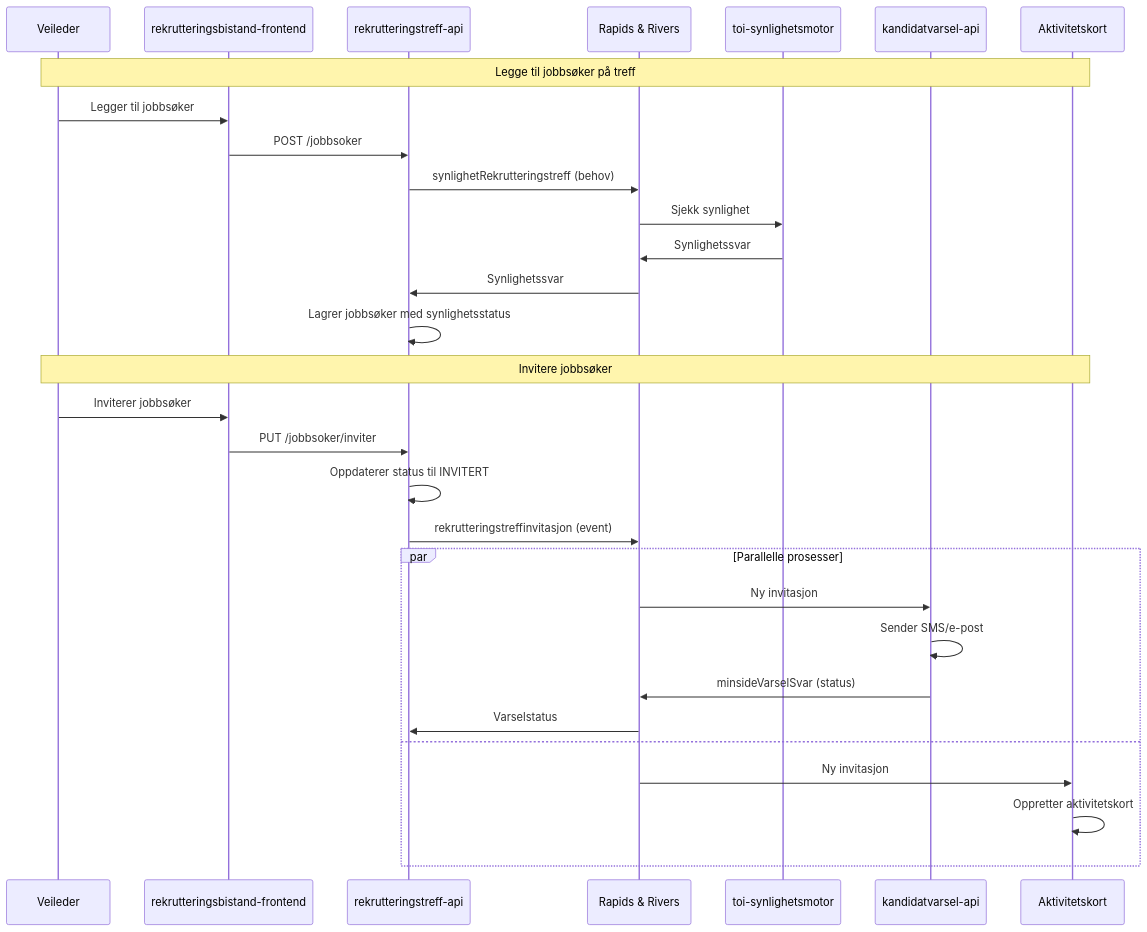
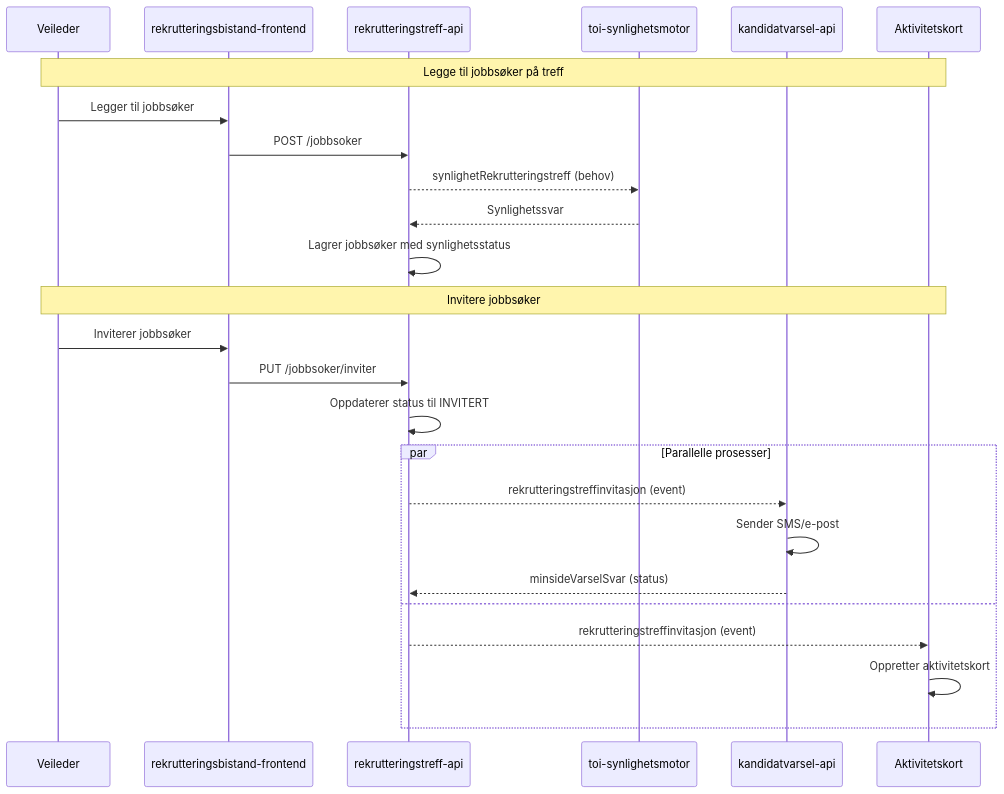
Before and after one commit to navikt/rekrutteringstreff-backend: the diagram in docs/4-integrasjoner/invitasjon.md, drawn with Mermaid. The commit also changed other lines of this file and 2 other files, not shown here.

Commit message:
Bytt ut r&r med relasjon i dok

````diff
--- a/docs/4-integrasjoner/invitasjon.md
+++ b/docs/4-integrasjoner/invitasjon.md
@@ -7,37 +7,32 @@
 ```mermaid
 sequenceDiagram
     participant Veileder
     participant Frontend as rekrutteringsbistand-frontend
     participant API as rekrutteringstreff-api
-    participant Rapids as Rapids & Rivers
     participant Synlighet as toi-synlighetsmotor
     participant Varsel as kandidatvarsel-api
     participant Aktivitetskort
 
     Note over Veileder,Aktivitetskort: Legge til jobbsøker på treff
 
     Veileder->>Frontend: Legger til jobbsøker
     Frontend->>API: POST /jobbsoker
-    API->>Rapids: synlighetRekrutteringstreff (behov)
-    Rapids->>Synlighet: Sjekk synlighet
-    Synlighet->>Rapids: Synlighetssvar
-    Rapids->>API: Synlighetssvar
+    API-->>Synlighet: synlighetRekrutteringstreff (behov)
+    Synlighet-->>API: Synlighetssvar
     API->>API: Lagrer jobbsøker med synlighetsstatus
 
     Note over Veileder,Aktivitetskort: Invitere jobbsøker
 
     Veileder->>Frontend: Inviterer jobbsøker
     Frontend->>API: PUT /jobbsoker/inviter
     API->>API: Oppdaterer status til INVITERT
-    API->>Rapids: rekrutteringstreffinvitasjon (event)
 
     par Parallelle prosesser
-        Rapids->>Varsel: Ny invitasjon
+        API-->>Varsel: rekrutteringstreffinvitasjon (event)
         Varsel->>Varsel: Sender SMS/e-post
-        Varsel->>Rapids: minsideVarselSvar (status)
-        Rapids->>API: Varselstatus
+        Varsel-->>API: minsideVarselSvar (status)
     and
-        Rapids->>Aktivitetskort: Ny invitasjon
+        API-->>Aktivitetskort: rekrutteringstreffinvitasjon (event)
         Aktivitetskort->>Aktivitetskort: Oppretter aktivitetskort
     end
 ```
````
